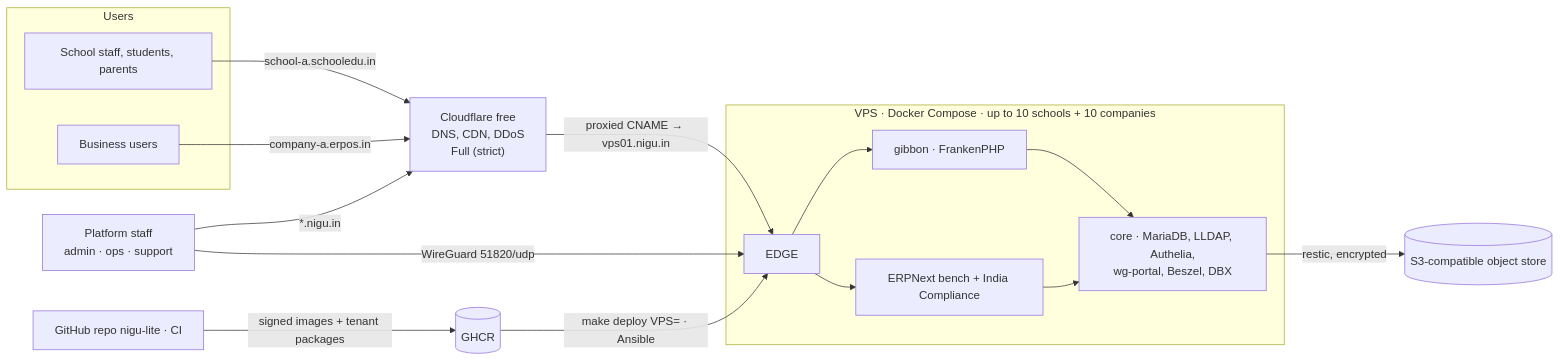
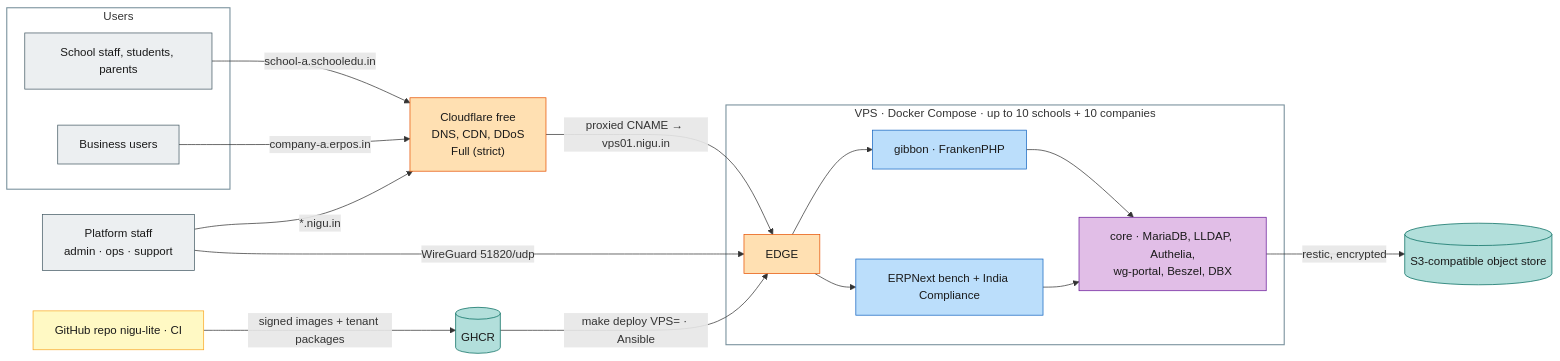
The first of 23 diagrams in master-plan.md (varunpathania86/nigu-lite), drawn with Mermaid before and after one commit. The commit also changed other lines of this file and 38 other files, not shown here.

````diff
--- a/master-plan.md
+++ b/master-plan.md
@@ -10,20 +10,34 @@
 ```mermaid
 flowchart LR
   subgraph Users
     SU["School staff, students, parents"]
     BU[Business users]
   end
   SU -->|"school-a.schooledu.in"| CF
   OPS["Platform staff<br/>admin · ops · support"] -->|"*.nigu.in"| CF
   OPS -->|"WireGuard 51820/udp"| EDGE
   CF["Cloudflare free<br/>DNS, CDN, DDoS<br/>Full (strict)"] -->|"proxied CNAME → vps01.nigu.in"| EDGE
   BU -->|"company-a.erpos.in"| CF
   subgraph VPS["VPS · Docker Compose · up to 10 schools + 10 companies"]
     EDGE --> GIB["gibbon · FrankenPHP"]
     EDGE --> ERP["ERPNext bench + India Compliance"]
     GIB & ERP --> CORE["core · MariaDB, LLDAP, Authelia,<br/>wg-portal, Beszel, DBX"]
   end
   CORE -->|"restic, encrypted"| S3[("S3-compatible object store")]
   GH["GitHub repo nigu-lite · CI"] -->|"signed images + tenant packages"| GHCR[("GHCR")]
   GHCR -->|"make deploy VPS= · Ansible"| EDGE
+  class SU,BU,OPS user
+  class CF,EDGE edge
+  class GIB,ERP app
+  class CORE core
+  class S3,GHCR data
+  class GH tool
+  style Users fill:transparent,stroke:#78909c,stroke-width:1.5px
+  style VPS fill:transparent,stroke:#78909c,stroke-width:1.5px
+  classDef user fill:#eceff1,stroke:#455a64,color:#1a1a1a
+  classDef edge fill:#ffe0b2,stroke:#e65100,color:#1a1a1a
+  classDef app fill:#bbdefb,stroke:#1565c0,color:#1a1a1a
+  classDef core fill:#e1bee7,stroke:#6a1b9a,color:#1a1a1a
+  classDef data fill:#b2dfdb,stroke:#00695c,color:#1a1a1a
+  classDef tool fill:#fff9c4,stroke:#f9a825,color:#1a1a1a
 ```
````
